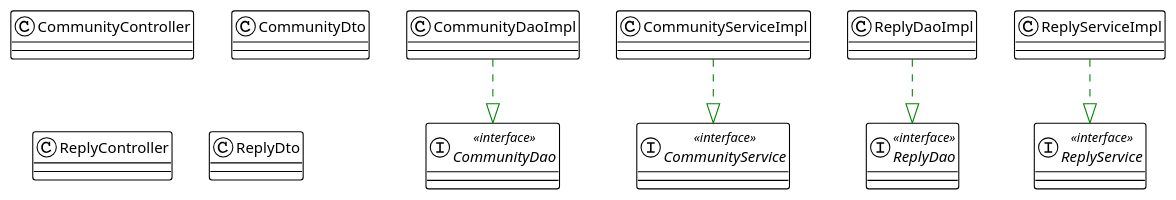
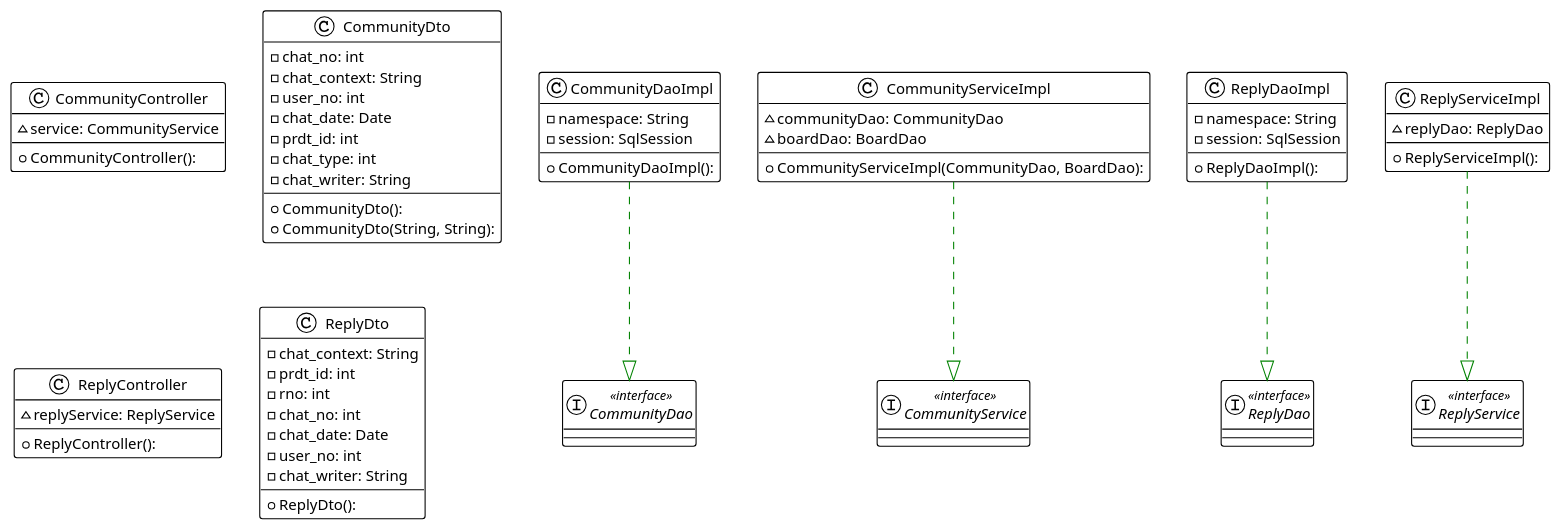
The diagram in 개발산출물/시퀀스/Community-Reply_ClassDiagram.plantuml (Purplaying-Main/Purplaying), drawn with PlantUML before and after one commit.

Commit message:
Community-Reply_ClassDiagram 수정

```diff
--- a/개발산출물/시퀀스/Community-Reply_ClassDiagram.plantuml
+++ b/개발산출물/시퀀스/Community-Reply_ClassDiagram.plantuml
@@ -1,24 +1,64 @@
 @startuml
 
 !theme plain
 top to bottom direction
 skinparam linetype ortho
 
-class CommunityController
+class CommunityController {
+  + CommunityController(): 
+  ~ service: CommunityService
+}
 interface CommunityDao << interface >>
-class CommunityDaoImpl
-class CommunityDto
+class CommunityDaoImpl {
+  + CommunityDaoImpl(): 
+  - namespace: String
+  - session: SqlSession
+}
+class CommunityDto {
+  + CommunityDto(): 
+  + CommunityDto(String, String): 
+  - chat_no: int
+  - chat_context: String
+  - user_no: int
+  - chat_date: Date
+  - prdt_id: int
+  - chat_type: int
+  - chat_writer: String
+}
 interface CommunityService << interface >>
-class CommunityServiceImpl
-class ReplyController
+class CommunityServiceImpl {
+  + CommunityServiceImpl(CommunityDao, BoardDao): 
+  ~ communityDao: CommunityDao
+  ~ boardDao: BoardDao
+}
+class ReplyController {
+  + ReplyController(): 
+  ~ replyService: ReplyService
+}
 interface ReplyDao << interface >>
-class ReplyDaoImpl
-class ReplyDto
+class ReplyDaoImpl {
+  + ReplyDaoImpl(): 
+  - namespace: String
+  - session: SqlSession
+}
+class ReplyDto {
+  + ReplyDto(): 
+  - chat_context: String
+  - prdt_id: int
+  - rno: int
+  - chat_no: int
+  - chat_date: Date
+  - user_no: int
+  - chat_writer: String
+}
 interface ReplyService << interface >>
-class ReplyServiceImpl
+class ReplyServiceImpl {
+  + ReplyServiceImpl(): 
+  ~ replyDao: ReplyDao
+}
 
 CommunityDaoImpl      -[#008200,dashed]-^  CommunityDao         
 CommunityServiceImpl  -[#008200,dashed]-^  CommunityService     
 ReplyDaoImpl          -[#008200,dashed]-^  ReplyDao             
 ReplyServiceImpl      -[#008200,dashed]-^  ReplyService         
 @enduml
```
